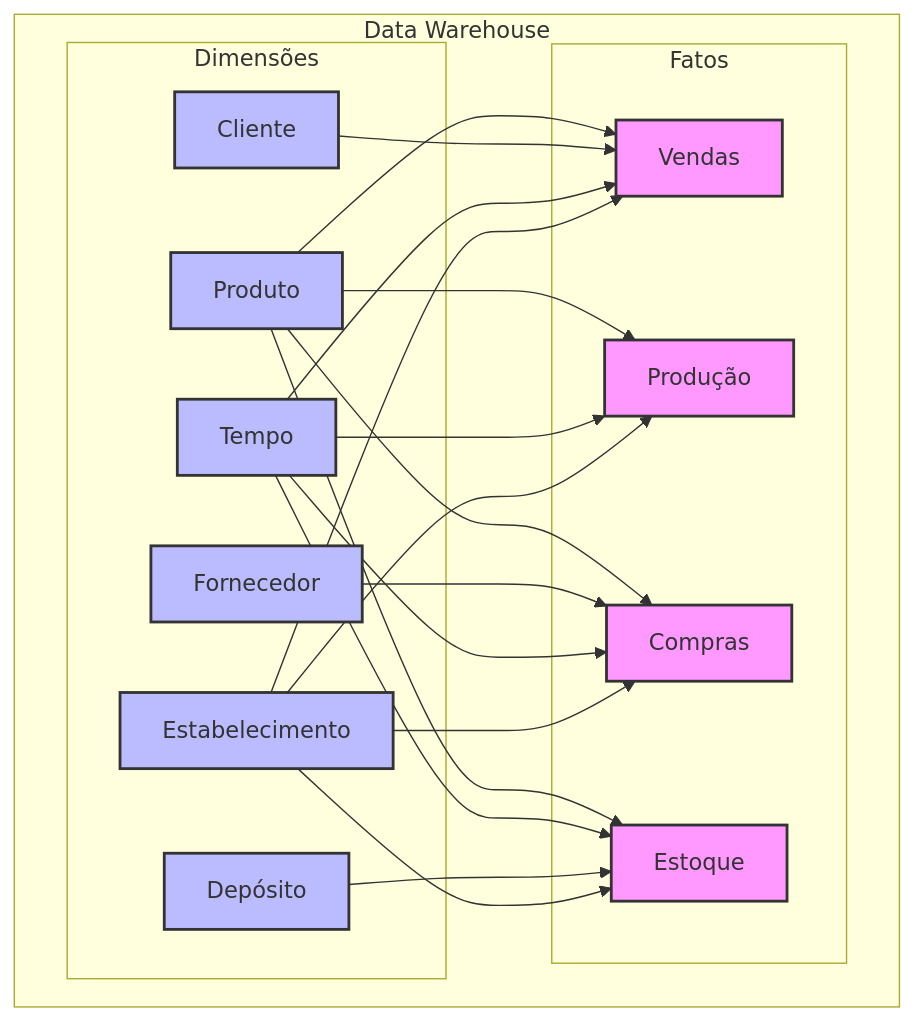
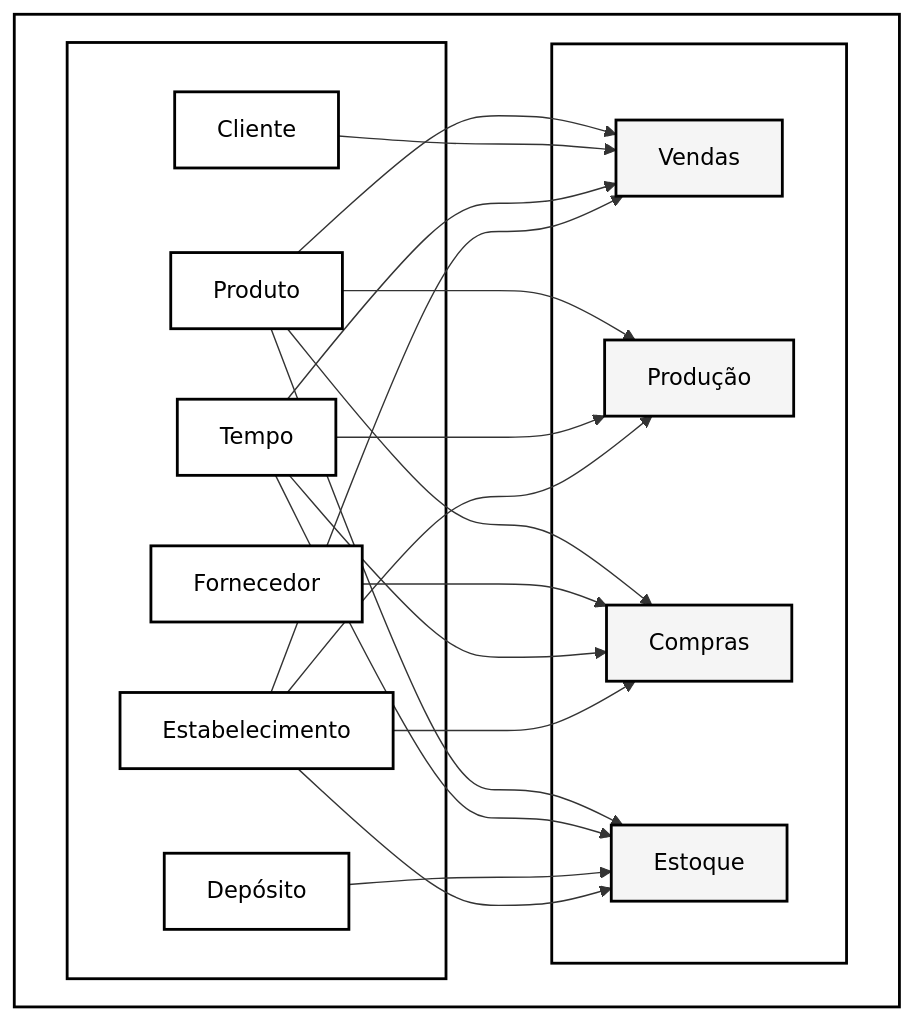
The diagram in docs/architecture/silver.md (e-plo/nxs-powerbi), drawn with Mermaid before and after one commit. The commit also changed other lines of this file, not shown here.

````diff
--- a/docs/architecture/silver.md
+++ b/docs/architecture/silver.md
@@ -7,39 +7,36 @@
 ```mermaid
 flowchart TD
     subgraph DW["Data Warehouse"]
-        subgraph FT["Fatos"]
+        subgraph FT["Tabelas Fato"]
             FTV["Vendas"]
             FTP["Produção"]
             FTC["Compras"]
             FTE["Estoque"]
         end
         
         subgraph DM["Dimensões"]
             DMP["Produto"]
             DMC["Cliente"]
             DMF["Fornecedor"]
             DMT["Tempo"]
             DMD["Depósito"]
             DME["Estabelecimento"]
         end
         
         DMP --> FTV & FTP & FTC & FTE
         DMC --> FTV
         DMF --> FTC
         DMT --> FTV & FTP & FTC & FTE
         DMD --> FTE
         DME --> FTV & FTP & FTC & FTE
     end
 
-    style FTV fill:#f9f,stroke:#333,stroke-width:2px
-    style FTP fill:#f9f,stroke:#333,stroke-width:2px
-    style FTC fill:#f9f,stroke:#333,stroke-width:2px
-    style FTE fill:#f9f,stroke:#333,stroke-width:2px
-    
-    style DMP fill:#bbf,stroke:#333,stroke-width:2px
-    style DMC fill:#bbf,stroke:#333,stroke-width:2px
-    style DMF fill:#bbf,stroke:#333,stroke-width:2px
-    style DMT fill:#bbf,stroke:#333,stroke-width:2px
-    style DMD fill:#bbf,stroke:#333,stroke-width:2px
-    style DME fill:#bbf,stroke:#333,stroke-width:2px
+    %% High contrast light theme for better visibility
+    classDef fact fill:#f5f5f5,stroke:#000000,stroke-width:2px,color:#000000
+    classDef dim fill:#ffffff,stroke:#000000,stroke-width:2px,color:#000000
+    classDef container fill:none,stroke:#000000,stroke-width:2px,color:#ffffff
+
+    class FTV,FTP,FTC,FTE fact
+    class DMP,DMC,DMF,DMT,DMD,DME dim
+    class DW,FT,DM container
 ```
````
